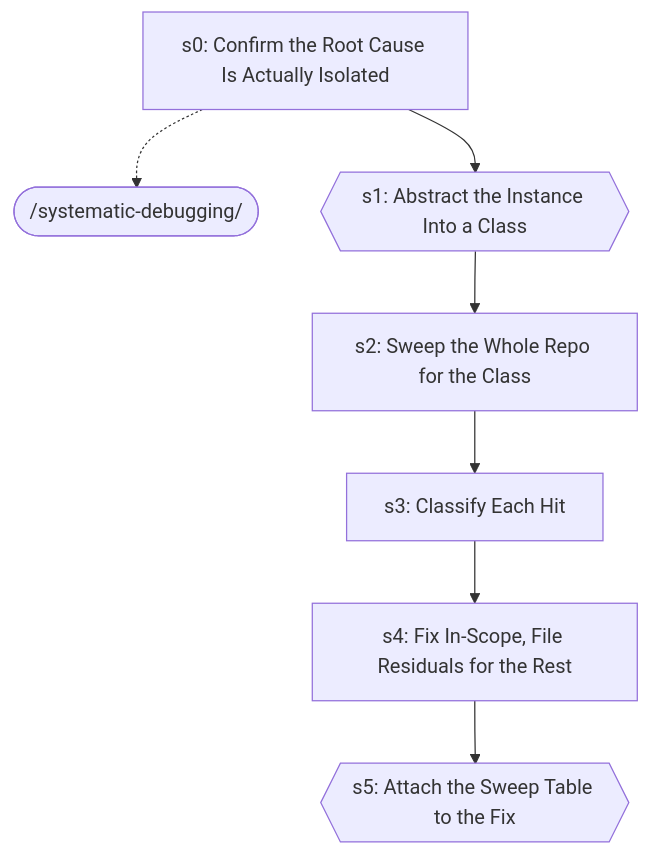
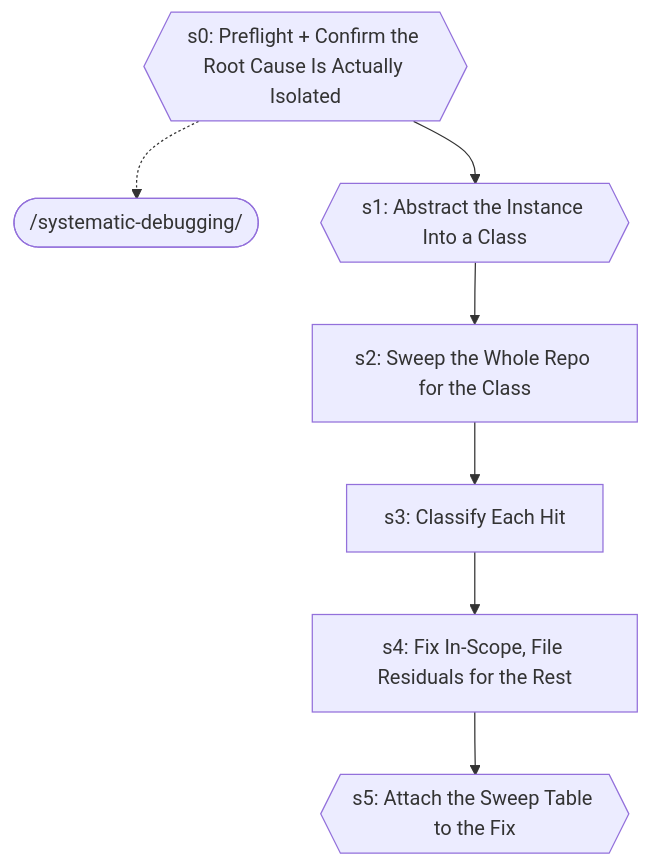
Before and after one commit to abhayla/claude-best-practices: diagram 13 of 15 in docs/workflows/debugging-loop.md, drawn with Mermaid. The commit also changed other lines of this file and 13 other files, not shown here.

````diff
--- a/docs/workflows/debugging-loop.md
+++ b/docs/workflows/debugging-loop.md
@@ -951,16 +1014,16 @@
 ```mermaid
 graph TD
-    s0["s0: Confirm the Root Cause Is Actually Isolated"]
+    s0{{s0: Preflight + Confirm the Root Cause Is Actually Isolated}}
     systematic_debugging_ext([/systematic-debugging/])
     s0 -.-> systematic_debugging_ext
     s1{{s1: Abstract the Instance Into a Class}}
     s0 --> s1
     s2["s2: Sweep the Whole Repo for the Class"]
     s1 --> s2
     s3["s3: Classify Each Hit"]
     s2 --> s3
     s4["s4: Fix In-Scope, File Residuals for the Rest"]
     s3 --> s4
     s5{{s5: Attach the Sweep Table to the Fix}}
     s4 --> s5
 ```
````
